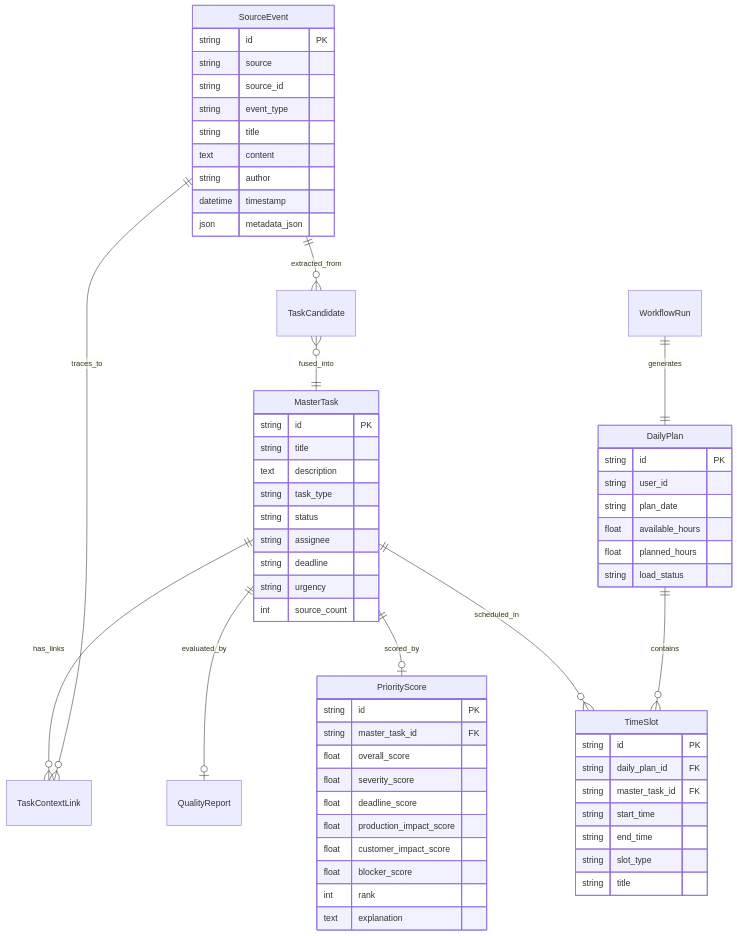
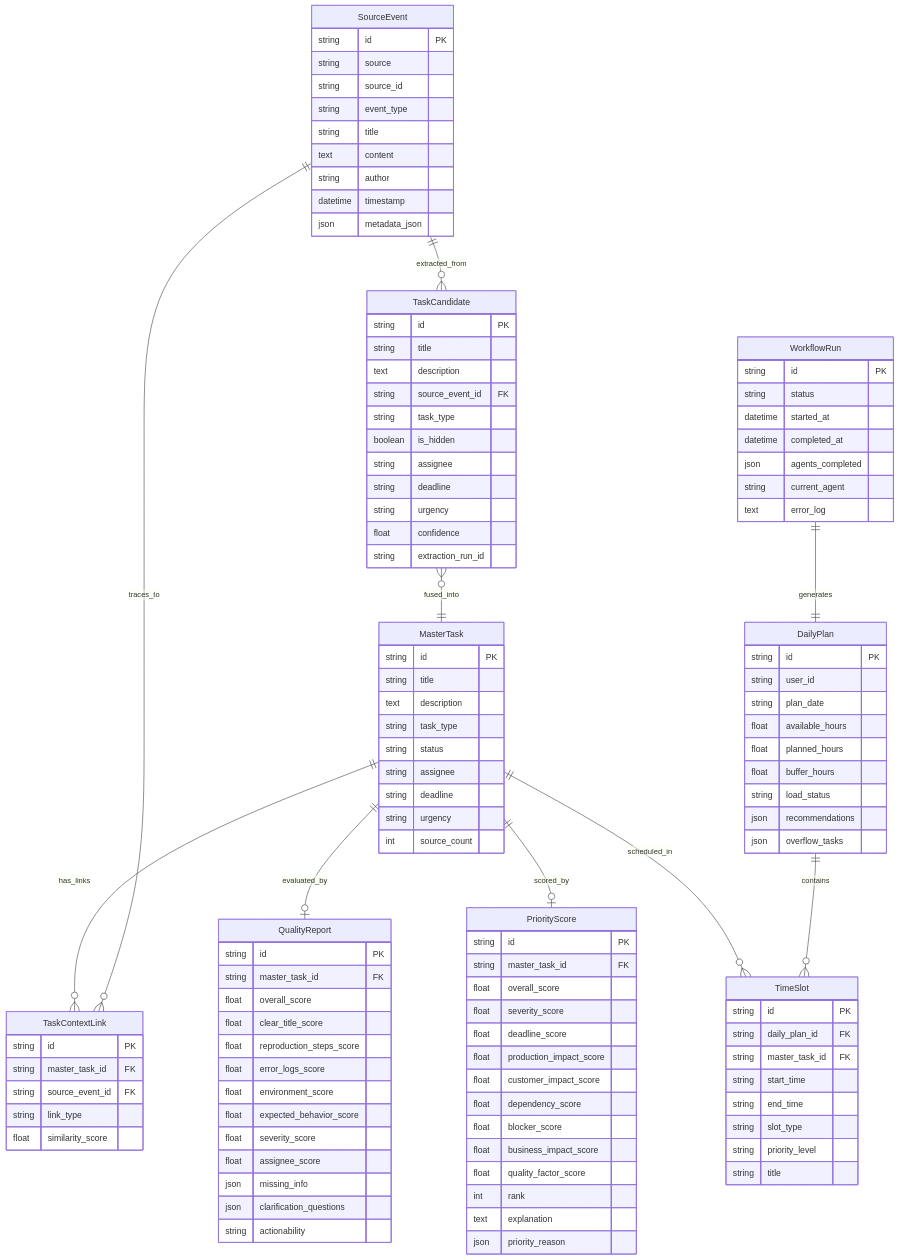
Before and after one commit to IdeaForg-e/TaskPilot-AI: the third of 4 diagrams in README.md, drawn with Mermaid.

Commit message:
docs: complete and synchronize database ER diagram with SQLAlchemy models

````diff
--- a/README.md
+++ b/README.md
@@ -232,6 +232,20 @@
         json metadata_json
     }
 
+    TaskCandidate {
+        string id PK
+        string title
+        text description
+        string source_event_id FK
+        string task_type
+        boolean is_hidden
+        string assignee
+        string deadline
+        string urgency
+        float confidence
+        string extraction_run_id
+    }
+
     MasterTask {
         string id PK
         string title
@@ -244,6 +258,30 @@
         int source_count
     }
 
+    TaskContextLink {
+        string id PK
+        string master_task_id FK
+        string source_event_id FK
+        string link_type
+        float similarity_score
+    }
+
+    QualityReport {
+        string id PK
+        string master_task_id FK
+        float overall_score
+        float clear_title_score
+        float reproduction_steps_score
+        float error_logs_score
+        float environment_score
+        float expected_behavior_score
+        float severity_score
+        float assignee_score
+        json missing_info
+        json clarification_questions
+        string actionability
+    }
+
     PriorityScore {
         string id PK
         string master_task_id FK
@@ -252,9 +290,13 @@
         float deadline_score
         float production_impact_score
         float customer_impact_score
+        float dependency_score
         float blocker_score
+        float business_impact_score
+        float quality_factor_score
         int rank
         text explanation
+        json priority_reason
     }
 
     DailyPlan {
@@ -263,7 +305,10 @@
         string plan_date
         float available_hours
         float planned_hours
+        float buffer_hours
         string load_status
+        json recommendations
+        json overflow_tasks
     }
 
     TimeSlot {
@@ -273,6 +318,17 @@
         string start_time
         string end_time
         string slot_type
+        string priority_level
         string title
     }
+
+    WorkflowRun {
+        string id PK
+        string status
+        datetime started_at
+        datetime completed_at
+        json agents_completed
+        string current_agent
+        text error_log
+    }
 ```
````
